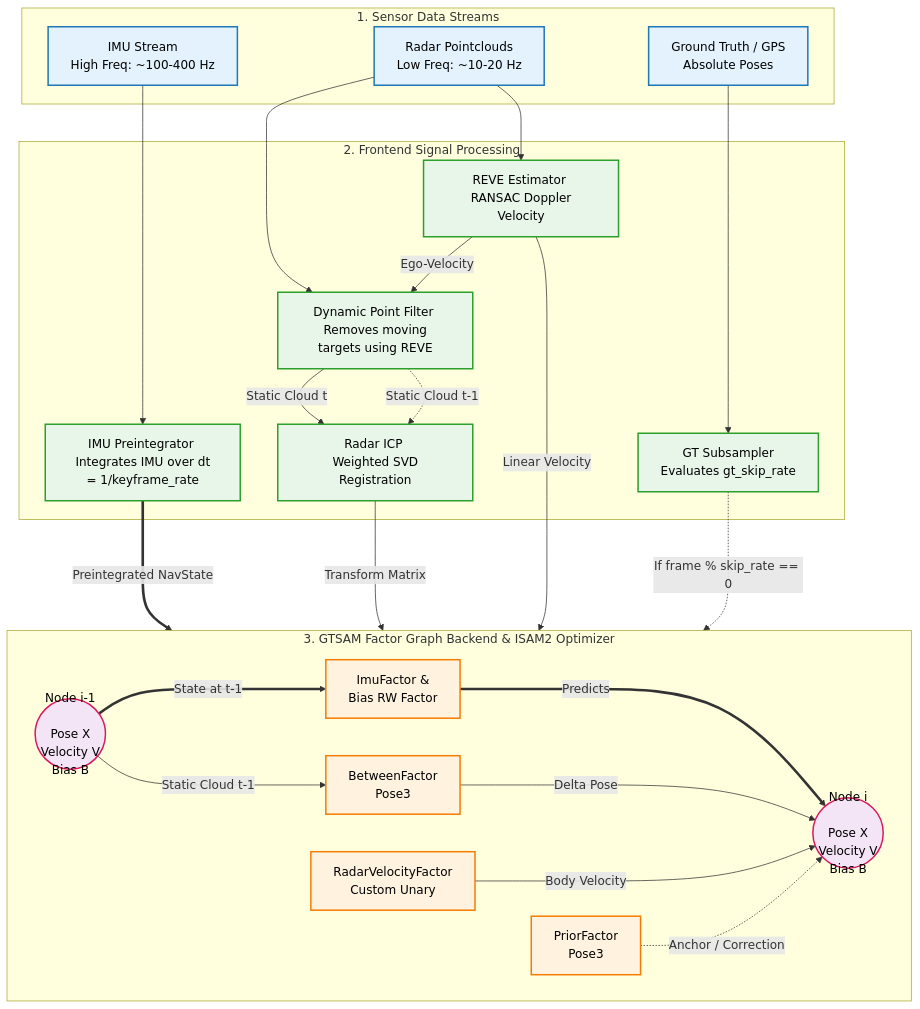
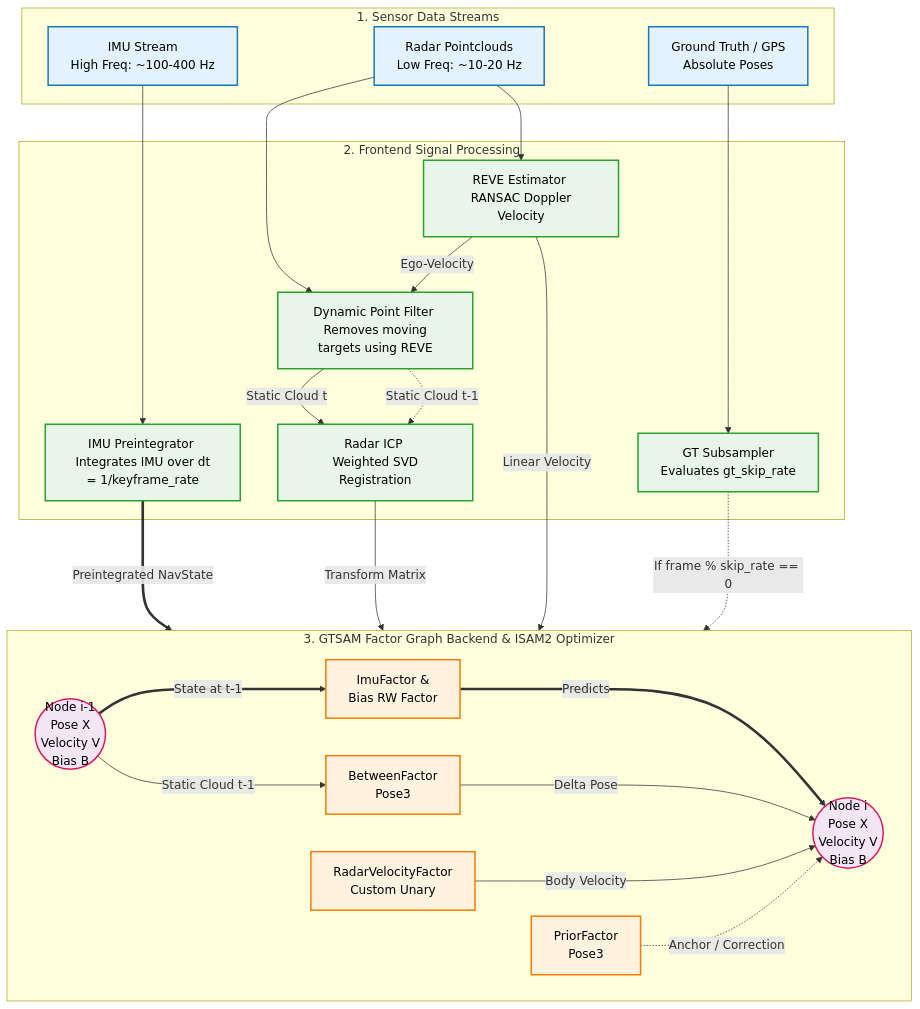
The diagram in FactorGraphRadarInertialOdometry/Readme.md (ajayragh97/master_thesis), drawn with Mermaid before and after one commit.

Commit message:
updated flow chart

````diff
--- a/FactorGraphRadarInertialOdometry/Readme.md
+++ b/FactorGraphRadarInertialOdometry/Readme.md
@@ -17,57 +17,57 @@
 ```mermaid
 graph TD
     %% Styling definitions
     classDef sensor fill:#e3f2fd,stroke:#1f77b4,stroke-width:2px,color:#000
     classDef frontend fill:#e8f5e9,stroke:#2ca02c,stroke-width:2px,color:#000
     classDef factor fill:#fff3e0,stroke:#f57c00,stroke-width:2px,shape:rect,color:#000
     classDef state fill:#f3e5f5,stroke:#d81b60,stroke-width:2px,shape:circle,color:#000
 
     subgraph SENSORS [1. Sensor Data Streams]
         IMU[IMU Stream <br> High Freq: ~100-400 Hz]:::sensor
         RADAR[Radar Pointclouds <br> Low Freq: ~10-20 Hz]:::sensor
         GPS[Ground Truth / GPS <br> Absolute Poses]:::sensor
     end
 
     subgraph FRONTEND [2. Frontend Signal Processing]
         PREINT[IMU Preintegrator <br> Integrates IMU over dt = 1/keyframe_rate]:::frontend
         REVE[REVE Estimator <br> RANSAC Doppler Velocity]:::frontend
         FILTER[Dynamic Point Filter <br> Removes moving targets using REVE]:::frontend
         ICP[Radar ICP <br> Weighted SVD Registration]:::frontend
         SKIP[GT Subsampler <br> Evaluates gt_skip_rate]:::frontend
     end
 
     subgraph BACKEND [3. GTSAM Factor Graph Backend & ISAM2 Optimizer]
         direction LR
         
         %% State Nodes
-        NodePrev(( Node i-1 <br><br> Pose X<br>Velocity V<br>Bias B )):::state
-        NodeCurr(( Node i <br><br> Pose X<br>Velocity V<br>Bias B )):::state
+        NodePrev(( Node i-1 <br>Pose X<br>Velocity V<br>Bias B )):::state
+        NodeCurr(( Node i <br>Pose X<br>Velocity V<br>Bias B )):::state
 
         %% Factors
         Fac_IMU[ImuFactor & <br> Bias RW Factor]:::factor
         Fac_ICP[BetweenFactor <br> Pose3]:::factor
         Fac_REVE[RadarVelocityFactor <br> Custom Unary]:::factor
         Fac_GT[PriorFactor <br> Pose3]:::factor
 
         %% Graph Connections
         NodePrev ===>|State at t-1| Fac_IMU ===>|Predicts| NodeCurr
         NodePrev --->|Static Cloud t-1| Fac_ICP --->|Delta Pose| NodeCurr
         
         Fac_REVE --->|Body Velocity| NodeCurr
         Fac_GT -.->|Anchor / Correction| NodeCurr
     end
 
     %% Data Flow Connections
     IMU --> PREINT
     RADAR --> REVE
     RADAR --> FILTER
     REVE -->|Ego-Velocity| FILTER
     FILTER -->|Static Cloud t| ICP
     FILTER -.->|Static Cloud t-1| ICP
     GPS --> SKIP
 
     PREINT ==>|Preintegrated NavState| Fac_IMU
     ICP --->|Transform Matrix| Fac_ICP
     REVE --->|Linear Velocity| Fac_REVE
     SKIP -.->|If frame % skip_rate == 0| Fac_GT
 ```
````
